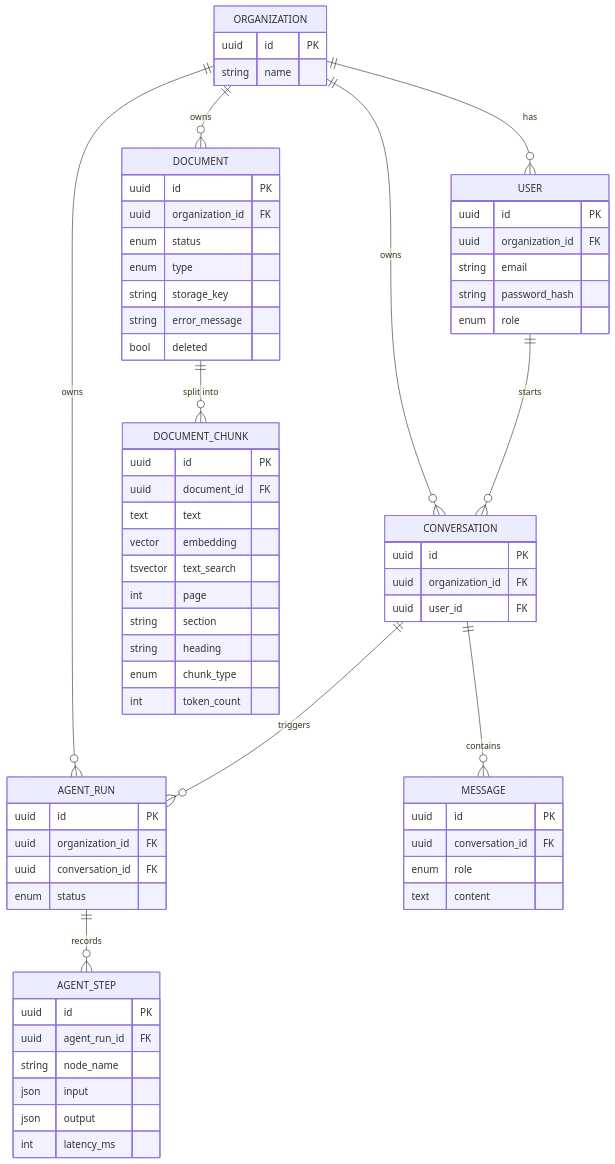
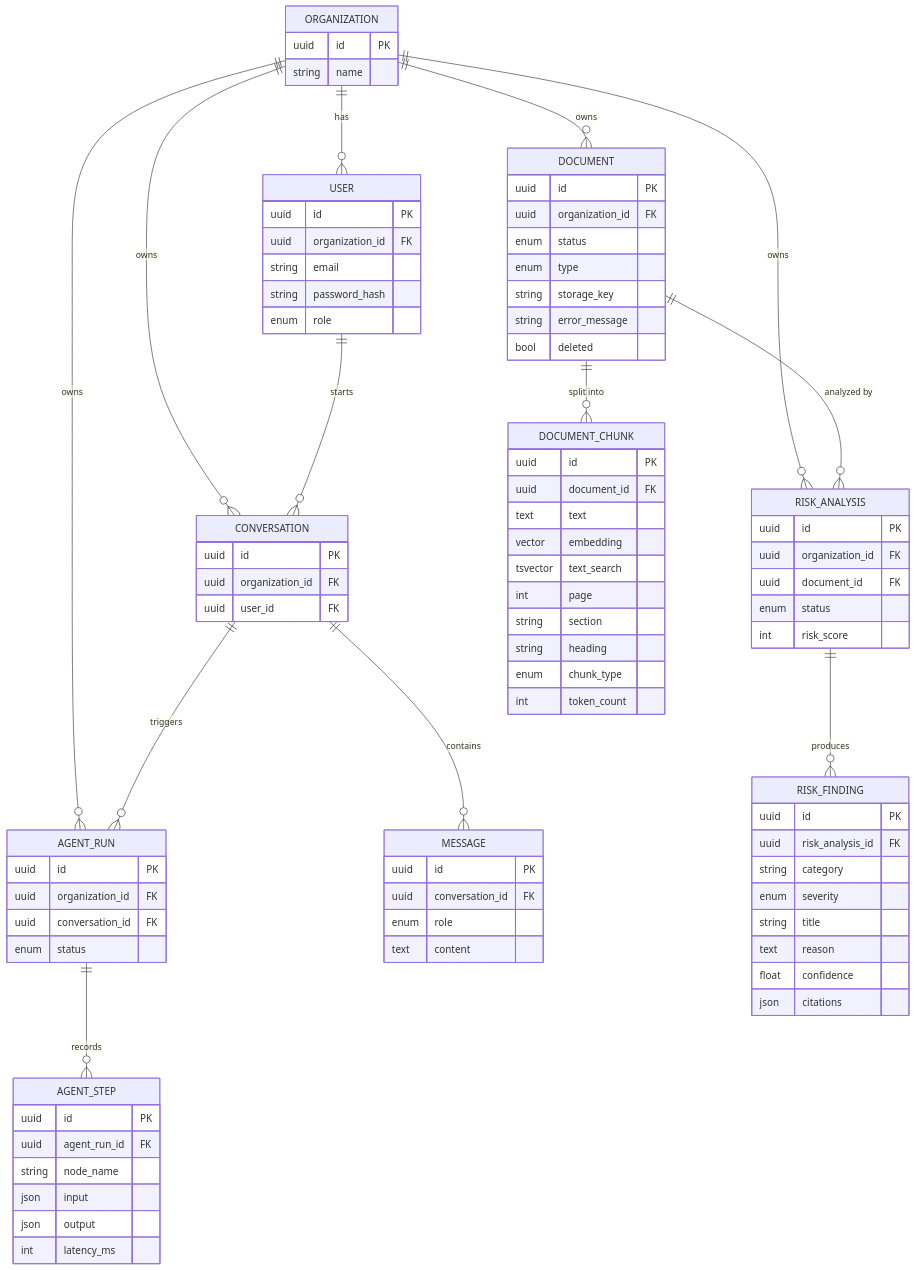
The fifth of 6 diagrams in docs/architecture.md (ankitsingh711/contractlens), drawn with Mermaid before and after one commit. The commit also changed other lines of this file and 27 other files, not shown here.

````diff
--- a/docs/architecture.md
+++ b/docs/architecture.md
@@ -144,11 +169,14 @@
     ORGANIZATION ||--o{ DOCUMENT : owns
     ORGANIZATION ||--o{ CONVERSATION : owns
     ORGANIZATION ||--o{ AGENT_RUN : owns
+    ORGANIZATION ||--o{ RISK_ANALYSIS : owns
     USER ||--o{ CONVERSATION : starts
     DOCUMENT ||--o{ DOCUMENT_CHUNK : "split into"
+    DOCUMENT ||--o{ RISK_ANALYSIS : "analyzed by"
     CONVERSATION ||--o{ MESSAGE : contains
     CONVERSATION ||--o{ AGENT_RUN : triggers
     AGENT_RUN ||--o{ AGENT_STEP : "records"
+    RISK_ANALYSIS ||--o{ RISK_FINDING : produces
 
     ORGANIZATION {
         uuid id PK
@@ -207,4 +235,21 @@
         json output
         int latency_ms
     }
+    RISK_ANALYSIS {
+        uuid id PK
+        uuid organization_id FK
+        uuid document_id FK
+        enum status
+        int risk_score
+    }
+    RISK_FINDING {
+        uuid id PK
+        uuid risk_analysis_id FK
+        string category
+        enum severity
+        string title
+        text reason
+        float confidence
+        json citations
+    }
 ```
````
